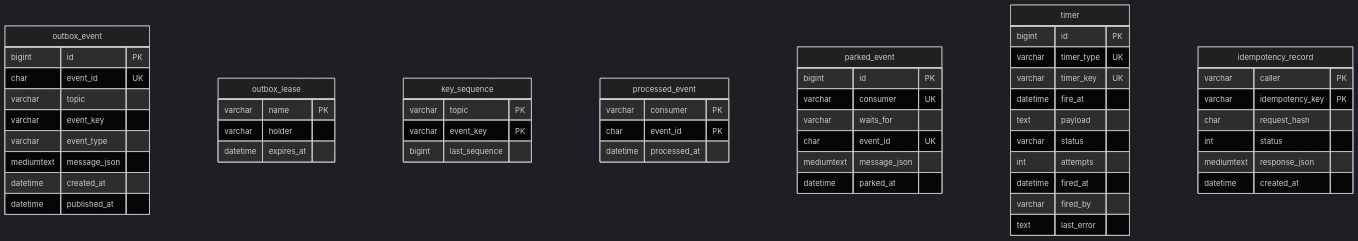
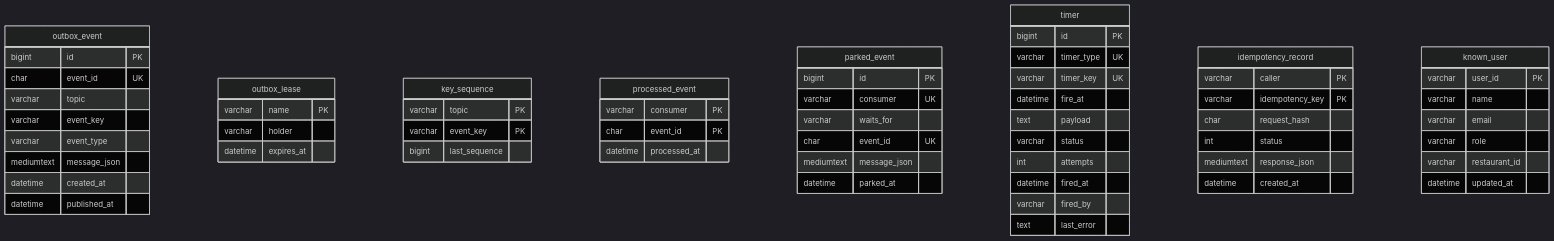
Before and after one commit to BaguetteJet/CSIS-Hackathon-2026: the second of 2 diagrams in docs/SCHEMA.md, drawn with Mermaid (dark theme). The commit also changed other lines of this file and 19 other files, not shown here.

````diff
--- a/docs/SCHEMA.md
+++ b/docs/SCHEMA.md
@@ -263,56 +256,64 @@
 ```mermaid
 erDiagram
     outbox_event {
         bigint id PK
         char event_id UK
         varchar topic
         varchar event_key
         varchar event_type
         mediumtext message_json
         datetime created_at
         datetime published_at
     }
     outbox_lease {
         varchar name PK
         varchar holder
         datetime expires_at
     }
     key_sequence {
         varchar topic PK
         varchar event_key PK
         bigint last_sequence
     }
     processed_event {
         varchar consumer PK
         char event_id PK
         datetime processed_at
     }
     parked_event {
         bigint id PK
         varchar consumer UK
         varchar waits_for
         char event_id UK
         mediumtext message_json
         datetime parked_at
     }
     timer {
         bigint id PK
         varchar timer_type UK
         varchar timer_key UK
         datetime fire_at
         text payload
         varchar status
         int attempts
         datetime fired_at
         varchar fired_by
         text last_error
     }
     idempotency_record {
         varchar caller PK
         varchar idempotency_key PK
         char request_hash
         int status
         mediumtext response_json
         datetime created_at
     }
+    known_user {
+        varchar user_id PK
+        varchar name
+        varchar email
+        varchar role
+        varchar restaurant_id
+        datetime updated_at
+    }
 ```
````
